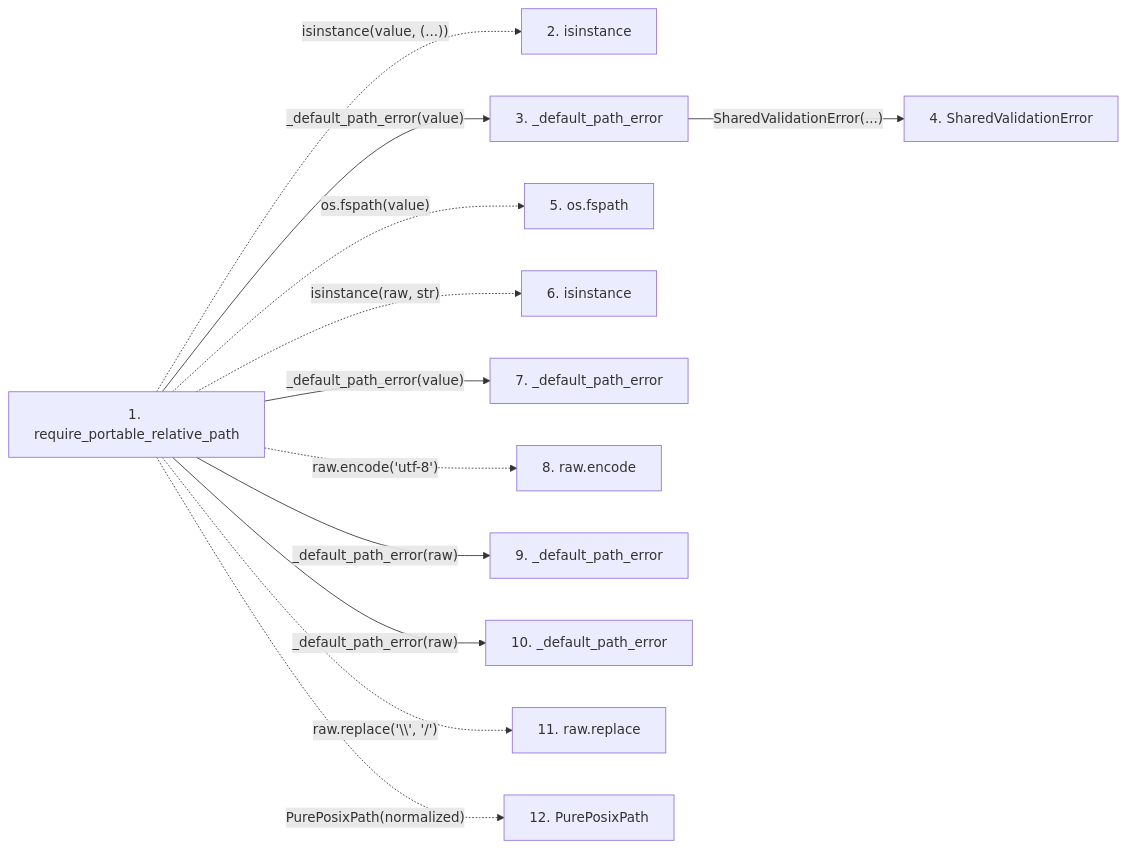
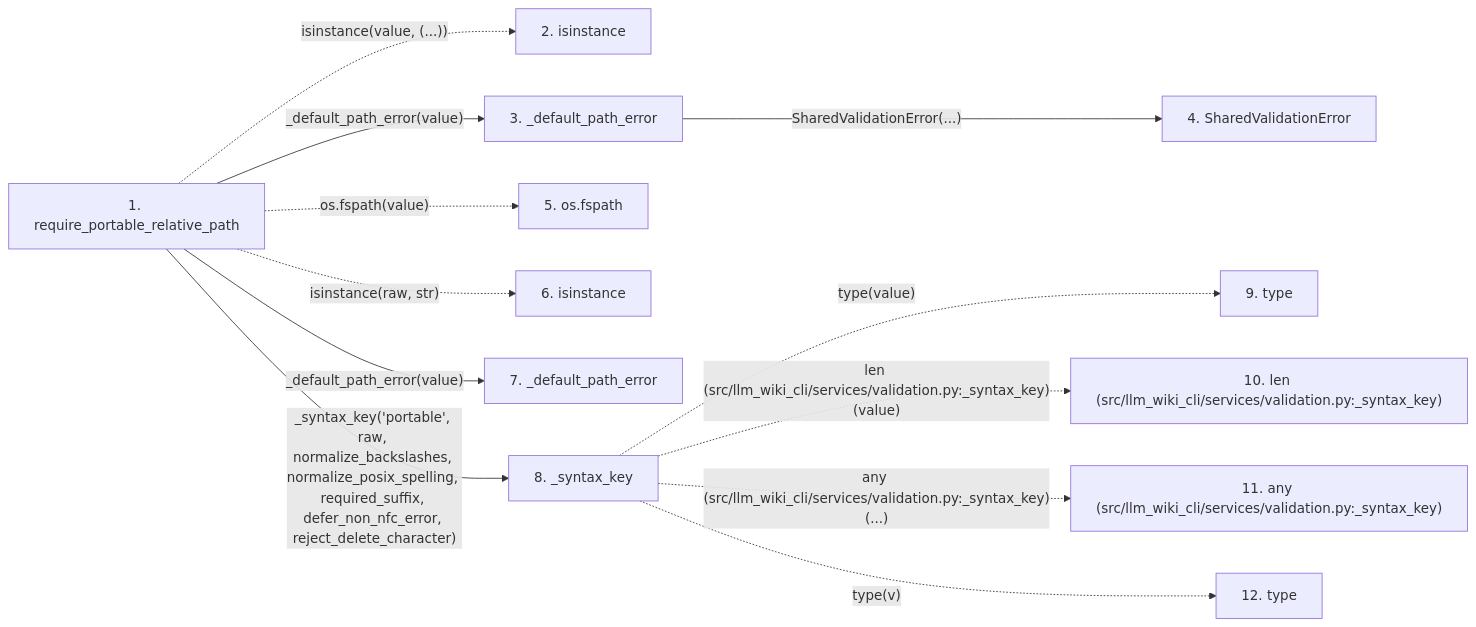
The second of 2 diagrams in docs/llm_wiki/flows/api-require_portable_relative_path.md (Denissvgn/python-wiki-llm), drawn with Mermaid before and after one commit. The commit also changed other lines of this file and 865 other files, not shown here.

````diff
--- a/docs/llm_wiki/flows/api-require_portable_relative_path.md
+++ b/docs/llm_wiki/flows/api-require_portable_relative_path.md
@@ -69,32 +72,31 @@
 ```mermaid
 flowchart LR
     s1["1. require_portable_relative_path"]
     s2["2. isinstance"]
     s3["3. _default_path_error"]
     s4["4. SharedValidationError"]
     s5["5. os.fspath"]
     s6["6. isinstance"]
     s7["7. _default_path_error"]
-    s8["8. raw.encode"]
-    s9["9. _default_path_error"]
-    s10["10. _default_path_error"]
-    s11["11. raw.replace"]
-    s12["12. PurePosixPath"]
+    s8["8. _syntax_key"]
+    s9["9. type"]
+    s10["10. len (src/llm_wiki_cli/services/validation.py:_syntax_key)"]
+    s11["11. any (src/llm_wiki_cli/services/validation.py:_syntax_key)"]
+    s12["12. type"]
     s1 -. "isinstance(value, (...))" .-> s2
     s1 -->|"_default_path_error(value)"| s3
     s3 -->|"SharedValidationError(...)"| s4
     s1 -. "os.fspath(value)" .-> s5
     s1 -. "isinstance(raw, str)" .-> s6
     s1 -->|"_default_path_error(value)"| s7
-    s1 -. "raw.encode('utf-8')" .-> s8
-    s1 -->|"_default_path_error(raw)"| s9
-    s1 -->|"_default_path_error(raw)"| s10
-    s1 -. "raw.replace('\\', '/')" .-> s11
-    s1 -. "PurePosixPath(normalized)" .-> s12
+    s1 -->|"_syntax_key('portable', raw, normalize_backslashes, normalize_posix_spelling, required_suffix, defer_non_nfc_error, reject_delete_character)"| s8
+    s8 -. "type(value)" .-> s9
+    s8 -. "len (src/llm_wiki_cli/services/validation.py:_syntax_key)(value)" .-> s10
+    s8 -. "any (src/llm_wiki_cli/services/validation.py:_syntax_key)(...)" .-> s11
+    s8 -. "type(v)" .-> s12
     click s1 "../modules/validation.md"
     click s3 "../modules/validation.md"
     click s4 "../modules/validation.md"
     click s7 "../modules/validation.md"
-    click s9 "../modules/validation.md"
-    click s10 "../modules/validation.md"
+    click s8 "../modules/validation.md"
 ```
````
